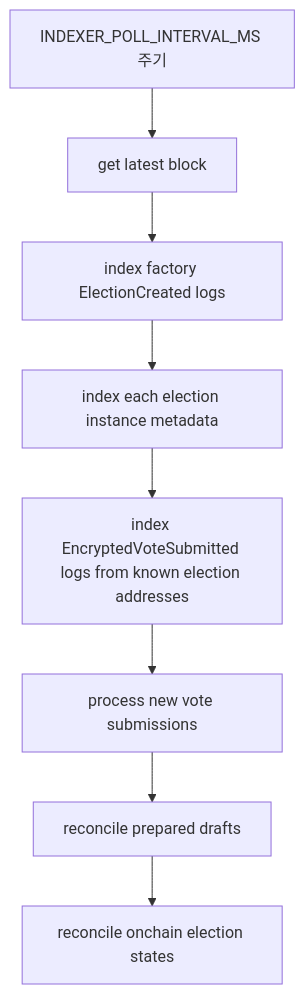
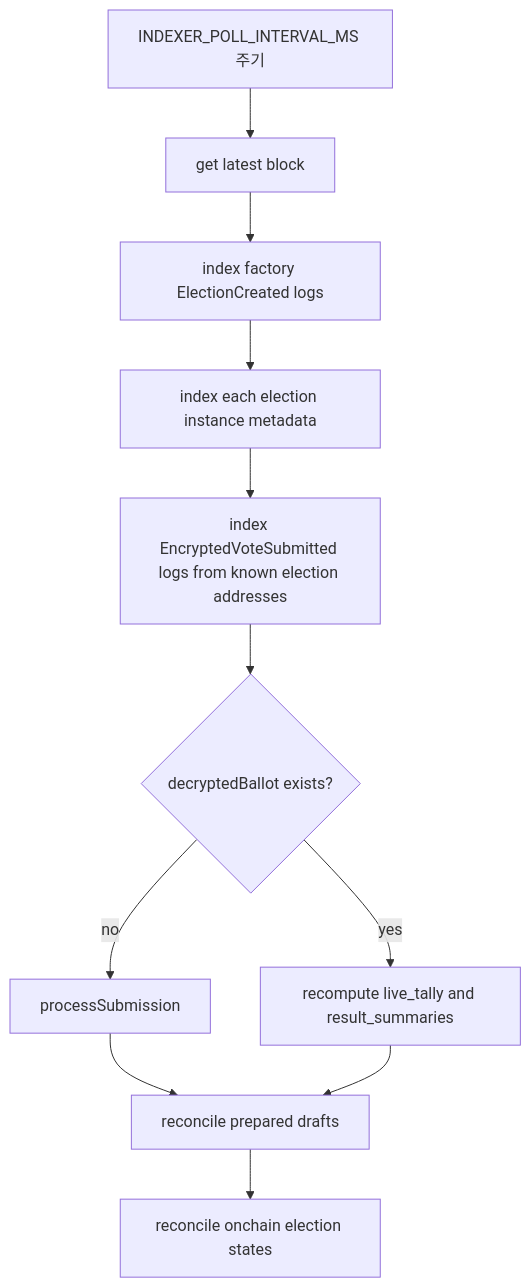
Before and after one commit to VESTAr-BAY/vestar-backend: the ninth of 14 diagrams in PRIVATE_ELECTION_ECC_ARCHITECTURE.md, drawn with Mermaid. The commit also changed other lines of this file and 4 other files, not shown here.

Commit message:
Recompute tally summaries during submission replay

````diff
--- a/PRIVATE_ELECTION_ECC_ARCHITECTURE.md
+++ b/PRIVATE_ELECTION_ECC_ARCHITECTURE.md
@@ -294,10 +297,13 @@
 ```mermaid
 flowchart TD
   A[INDEXER_POLL_INTERVAL_MS 주기] --> B[get latest block]
   B --> C[index factory ElectionCreated logs]
   C --> D[index each election instance metadata]
   D --> E[index EncryptedVoteSubmitted logs from known election addresses]
-  E --> F[process new vote submissions]
-  F --> G[reconcile prepared drafts]
-  G --> H[reconcile onchain election states]
+  E --> F{decryptedBallot exists?}
+  F -- no --> G[processSubmission]
+  F -- yes --> H[recompute live_tally and result_summaries]
+  G --> I[reconcile prepared drafts]
+  H --> I
+  I --> J[reconcile onchain election states]
 ```
````
